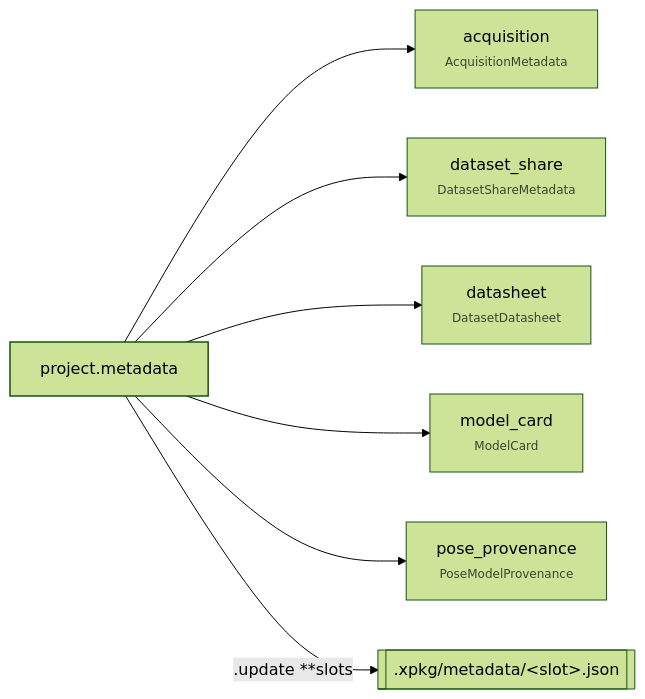
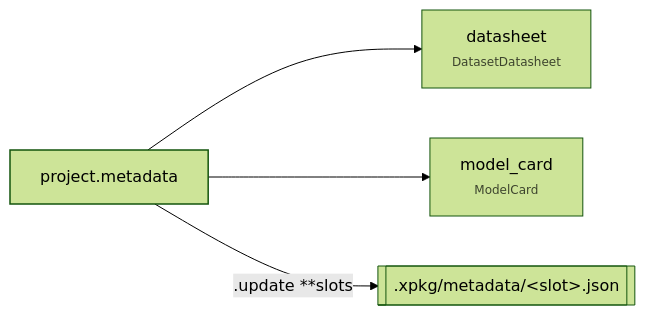
The second of 2 diagrams in docs/api/services.md (Alfredo-Sandoval/exp-pkg), drawn with Mermaid (forest theme) before and after one commit. The commit also changed other lines of this file and 81 other files, not shown here.

````diff
--- a/docs/api/services.md
+++ b/docs/api/services.md
@@ -32,13 +32,10 @@
 ```mermaid
 flowchart LR
     pm["project.metadata"]:::accent
-    pm --> acq["acquisition<br/><span style='font-size:0.75em;opacity:0.7'>AcquisitionMetadata</span>"]
-    pm --> ds["dataset_share<br/><span style='font-size:0.75em;opacity:0.7'>DatasetShareMetadata</span>"]
     pm --> dh["datasheet<br/><span style='font-size:0.75em;opacity:0.7'>DatasetDatasheet</span>"]
     pm --> mc["model_card<br/><span style='font-size:0.75em;opacity:0.7'>ModelCard</span>"]
-    pm --> pp["pose_provenance<br/><span style='font-size:0.75em;opacity:0.7'>PoseModelProvenance</span>"]
 
     pm -->|.update **slots| upd[[".xpkg/metadata/&lt;slot&gt;.json"]]
 
     classDef accent stroke-width:1.5px;
 ```
````
